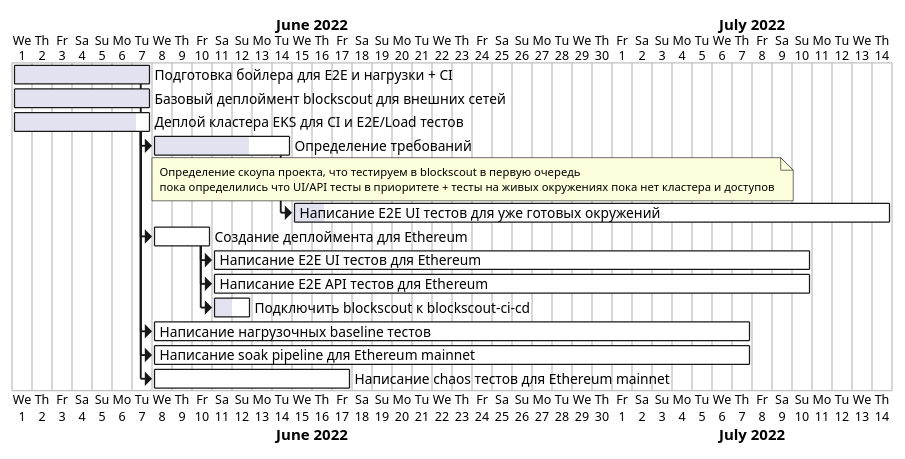
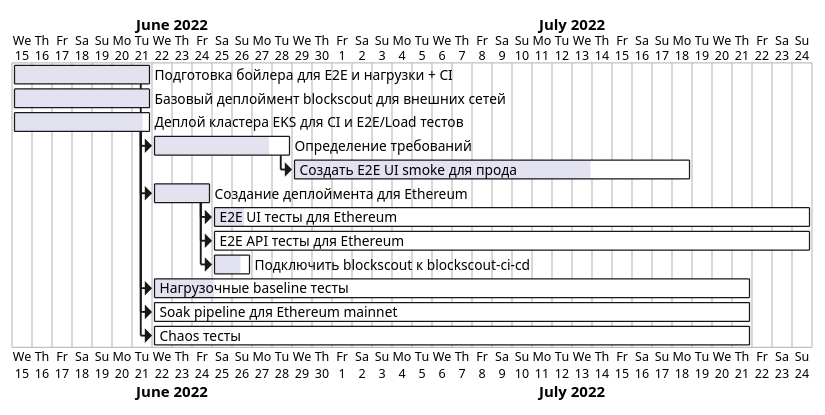
Before and after one commit to blockscout/blockscout-ci-cd: the diagram in docs/qa-roadmap.puml, drawn with PlantUML. The commit also changed 2 other files, not shown here.

Commit message:
update roadmap

```diff
--- a/docs/qa-roadmap.puml
+++ b/docs/qa-roadmap.puml
@@ -1,56 +1,52 @@
 @startgantt
 
-Project starts the 1st of june 2022
+Project starts the 15st of june 2022
 
 [Подготовка бойлера для E2E и нагрузки + CI] as [boiler] lasts 7 days
 [Базовый деплоймент blockscout для внешних сетей] as [app_deployment] lasts 7 days
 [boiler] is 100% completed
 [Деплой кластера EKS для CI и E2E/Load тестов] as [eks] lasts 7 days
-[eks] is 90% complete
+[eks] is 95% complete
 [Определение требований] as [req] lasts 7 days
-note bottom
-  Определение скоупа проекта, что тестируем в blockscout в первую очередь
-  пока определились что UI/API тесты в приоритете + тесты на живых окружениях пока нет кластера и доступов
-end note
-[req] is 70% completed
+[req] is 85% completed
 [boiler]->[req]
 
-[Написание E2E UI тестов для уже готовых окружений] as [e2e_prod] lasts 30 days
+[Создать E2E UI smoke для прода] as [e2e_prod] lasts 20 days
 [req]->[e2e_prod]
 [e2e_prod] links to [[https://www.notion.so/798c57dade7f48ee9aba8c1f2273b920?v=b592bb1164c247c9b91e28930c0c54c5&p=231853b7822c41d094e97e203985bb7e{open ticket} ticket]]
-[e2e_prod] is 5% complete
+[e2e_prod] is 75% complete
 
 [Создание деплоймента для Ethereum] as [dep_eth] lasts 3 days
 [eks]->[dep_eth]
 [dep_eth] links to [[https://www.notion.so/798c57dade7f48ee9aba8c1f2273b920?v=b592bb1164c247c9b91e28930c0c54c5&p=838790d8e3f8479da407fb87b8dc3098{open ticket} ticket]]
-[dep_eth] is 0% complete
+[dep_eth] is 100% complete
 
-[Написание E2E UI тестов для Ethereum] as [e2e_UI] lasts 30 days
+[E2E UI тесты для Ethereum] as [e2e_UI] lasts 30 days
 [dep_eth]->[e2e_UI]
 [e2e_UI] links to [[https://www.notion.so/798c57dade7f48ee9aba8c1f2273b920?v=b592bb1164c247c9b91e28930c0c54c5&p=e2493067342b4e8c947bdab3c540222f{open ticket} ticket]]
-[e2e_UI] is 0% complete
+[e2e_UI] is 5% complete
 
-[Написание E2E API тестов для Ethereum] as [e2e_API] lasts 30 days
+[E2E API тесты для Ethereum] as [e2e_API] lasts 30 days
 [dep_eth]->[e2e_API]
 [e2e_API] is 0% complete
 
 [Подключить blockscout к blockscout-ci-cd] as [pipeline] lasts 2 day
 [dep_eth]->[pipeline]
 [pipeline] links to [[https://www.notion.so/798c57dade7f48ee9aba8c1f2273b920?v=b592bb1164c247c9b91e28930c0c54c5&p=7e067191046d4a21aec985ea023b226d{open ticket} ticket]]
-[pipeline] is 50% complete
+[pipeline] is 75% complete
 
-[Написание нагрузочных baseline тестов] as [load_inbound_eth] lasts 30 days
+[Нагрузочные baseline тесты] as [load_inbound_eth] lasts 30 days
 [eks]->[load_inbound_eth]
 [load_inbound_eth] links to [[https://www.notion.so/798c57dade7f48ee9aba8c1f2273b920?v=b592bb1164c247c9b91e28930c0c54c5&p=2cfe1e6186f34fe897d0f6e9de9ed5bd{open ticket} ticket]]
-[load_inbound_eth] is 0% complete
+[load_inbound_eth] is 10% complete
 
-[Написание soak pipeline для Ethereum mainnet] as [soak_outbound_eth] lasts 30 days
+[Soak pipeline для Ethereum mainnet] as [soak_outbound_eth] lasts 30 days
 [eks]->[soak_outbound_eth]
 [soak_outbound_eth] links to [[https://www.notion.so/798c57dade7f48ee9aba8c1f2273b920?v=b592bb1164c247c9b91e28930c0c54c5&p=e411620f9a5340319ff97b7645bdc0bd{open ticket} ticket]]
 [soak_outbound_eth] is 0% complete
 
-[Написание chaos тестов для Ethereum mainnet] as [chaos] lasts 10 days
+[Chaos тесты] as [chaos] lasts 30 days
 [eks]->[chaos]
 [chaos] links to [[https://www.notion.so/798c57dade7f48ee9aba8c1f2273b920?v=b592bb1164c247c9b91e28930c0c54c5&p=e411620f9a5340319ff97b7645bdc0bd{open ticket} ticket]]
 [chaos] is 0% complete
 @endgantt
```
